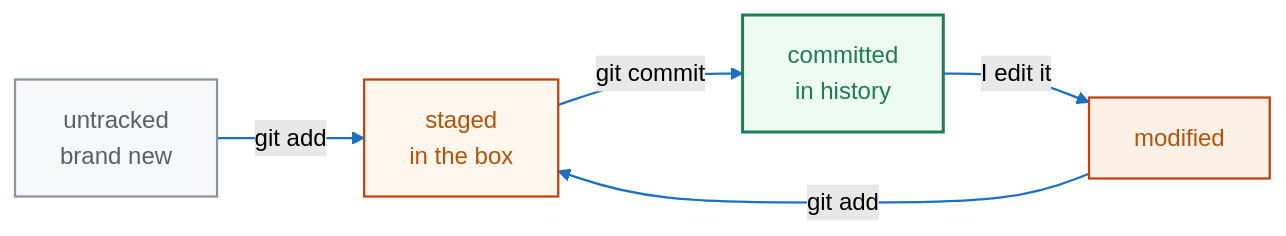
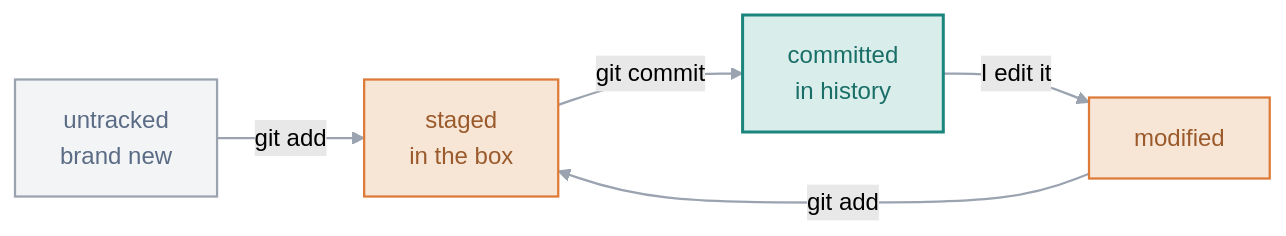
One commit to rehmanhaseeb2345-bit/Git changed the diagram in 02-creating-snapshots/README.md. Above: the diagram before and after it, drawn with Mermaid (forest theme). The commit also changed other lines of this file and 32 other files, not shown here.

First line of the commit message:
Restyle the whole repo: lighter personal notes + redrawn diagrams

````diff
--- a/02-creating-snapshots/README.md
+++ b/02-creating-snapshots/README.md
@@ -91,12 +66,12 @@
 ```mermaid
 flowchart LR
   U["untracked<br/>brand new"] -->|git add| S["staged<br/>in the box"]
   S -->|git commit| C["committed<br/>in history"]
   C -->|I edit it| M["modified"]
   M -->|git add| S
-  style U fill:#f6f8fa,stroke:#8a93a0,stroke-width:1.5px,color:#57606a
-  style S fill:#fff7ed,stroke:#c2410c,stroke-width:1.5px,color:#b45309
-  style M fill:#fdf0e6,stroke:#c2410c,stroke-width:1.5px,color:#b45309
-  style C fill:#edfbf3,stroke:#1a7f52,stroke-width:2px,color:#1a7f52
-  linkStyle default stroke:#1971c2,stroke-width:1.5px
+  style U fill:#F3F4F6,stroke:#9AA3AF,stroke-width:1.5px,color:#5A6B85
+  style S fill:#F7E6D6,stroke:#DD7A38,stroke-width:1.5px,color:#9A5A2B
+  style M fill:#F7E6D6,stroke:#DD7A38,stroke-width:1.5px,color:#9A5A2B
+  style C fill:#D9EEEB,stroke:#19857C,stroke-width:2px,color:#196E67
+  linkStyle default stroke:#9AA3AF,stroke-width:1.5px
 ```
````
